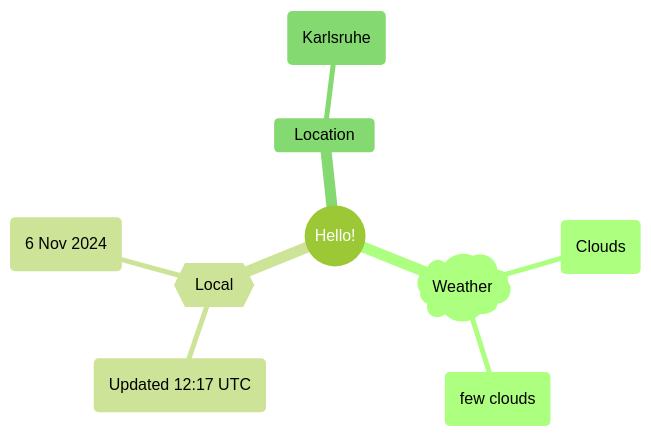
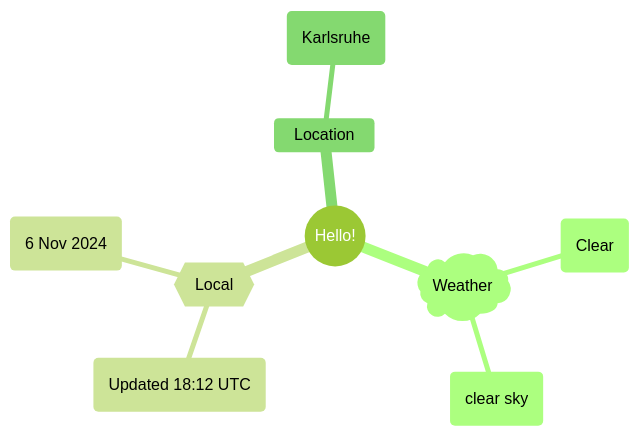
Before and after one commit to Xosrov/Xosrov: the first of 2 diagrams in README.md, drawn with Mermaid (forest theme).

Commit message:
[bot] updated images

````diff
--- a/README.md
+++ b/README.md
@@ -3,12 +3,12 @@
 ```mermaid
 mindmap
   root((Hello!))
     )Weather(
-        (Clouds)
-        (few clouds)
+        (Clear)
+        (clear sky)
     {{Local}}
-        (Updated 12:17 UTC)
+        (Updated 18:12 UTC)
         (6 Nov 2024)
     Location
         (Karlsruhe)
 ```
````
